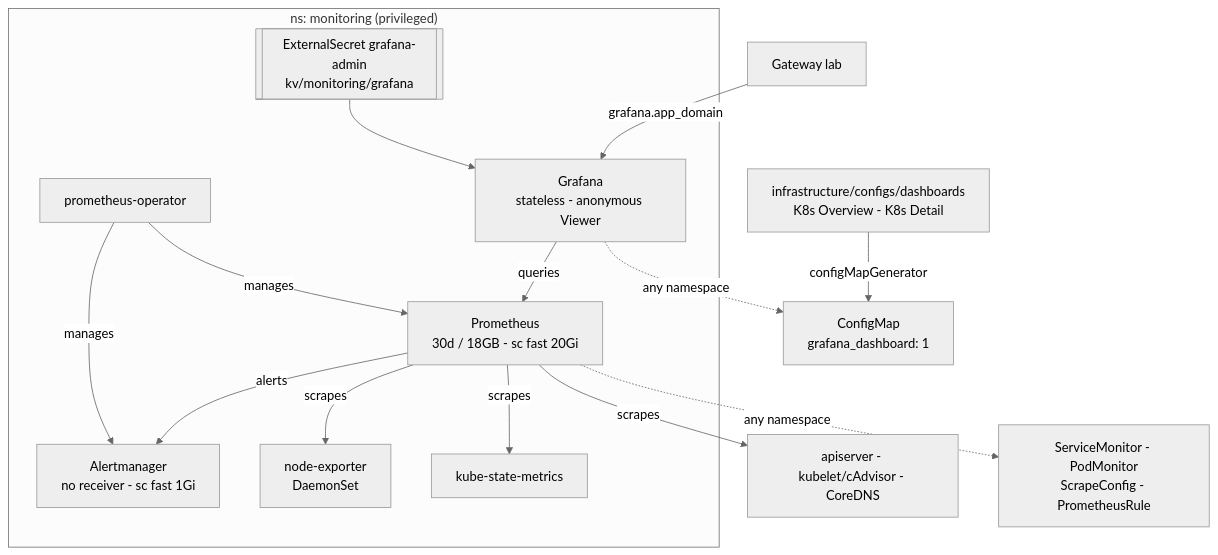
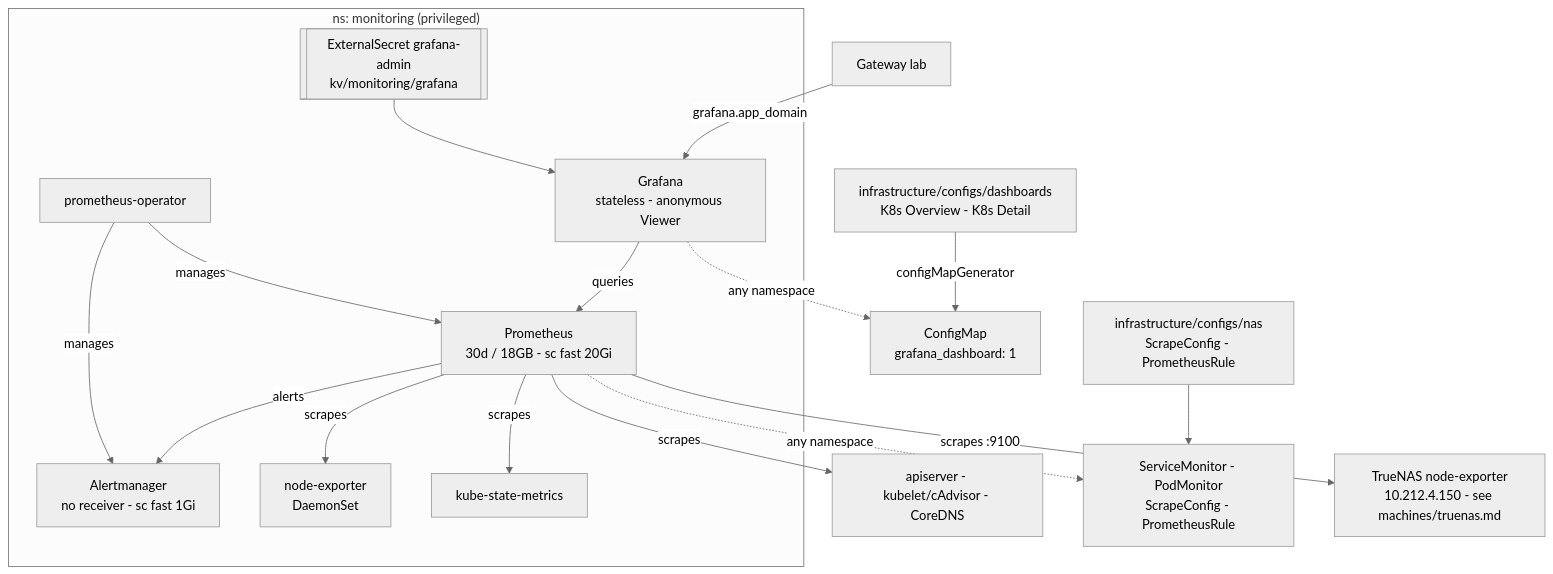
One commit to Sojamann/homelab-apps changed the diagram in docs/monitoring.md. Above: the diagram before and after it, drawn with Mermaid (neutral theme). The commit also changed 4 other files, not shown here.

Commit message:
flux: scrape truenas node-exporter, nas alert rules

````diff
--- a/docs/monitoring.md
+++ b/docs/monitoring.md
@@ -10,24 +10,26 @@
 ```mermaid
 graph TD
   subgraph mon["ns: monitoring (privileged)"]
     OP["prometheus-operator"]
     PROM["Prometheus<br/>30d / 18GB - sc fast 20Gi"]
     AM["Alertmanager<br/>no receiver - sc fast 1Gi"]
     GR["Grafana<br/>stateless - anonymous Viewer"]
     NE["node-exporter<br/>DaemonSet"]
     KSM["kube-state-metrics"]
     SEC[["ExternalSecret grafana-admin<br/>kv/monitoring/grafana"]]
     OP -->|manages| PROM & AM
     SEC --> GR
     GR -->|queries| PROM
     PROM -->|alerts| AM
   end
 
   PROM -->|scrapes| NE & KSM
   PROM -->|scrapes| K["apiserver - kubelet/cAdvisor - CoreDNS"]
   PROM -.->|any namespace| MON["ServiceMonitor - PodMonitor<br/>ScrapeConfig - PrometheusRule"]
   GR -.->|any namespace| DASH["ConfigMap<br/>grafana_dashboard: 1"]
   CFG["infrastructure/configs/dashboards<br/>K8s Overview - K8s Detail"] -->|configMapGenerator| DASH
+  NAS["infrastructure/configs/nas<br/>ScrapeConfig - PrometheusRule"] --> MON
+  PROM -->|scrapes :9100| TN["TrueNAS node-exporter<br/>10.212.4.150 - see machines/truenas.md"]
 
   GW["Gateway lab"] -->|grafana.app_domain| GR
 ```
````
